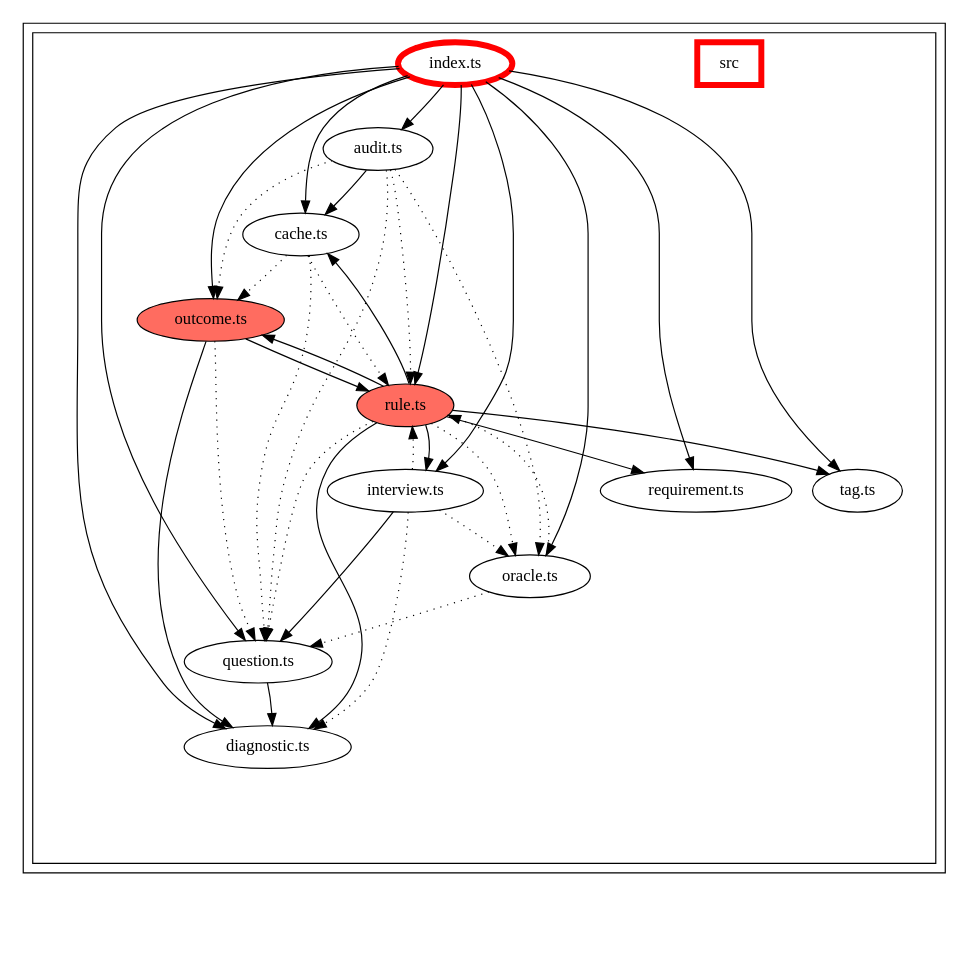
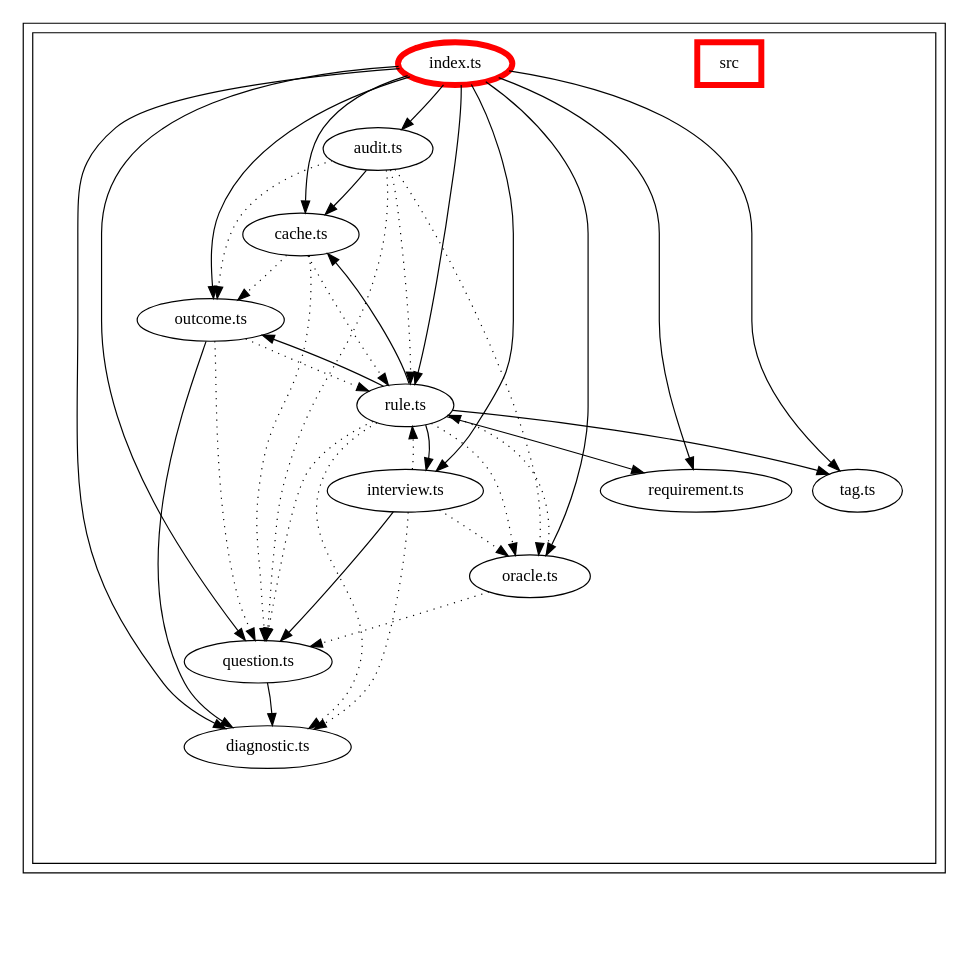
The diagram in packages/alfa-act/docs/dependency-graph.dot (Siteimprove/alfa), drawn with Graphviz before and after one commit. The commit also changed 687 other files, not shown here.

```diff
--- a/packages/alfa-act/docs/dependency-graph.dot
+++ b/packages/alfa-act/docs/dependency-graph.dot
@@ -59,8 +59,6 @@
       ];
       "src/outcome.ts" [
         label = "outcome.ts";
-        fillcolor = "#ff6c60";
-        style = "rounded,filled";
       ];
       "src/question.ts" [
         label = "question.ts";
@@ -70,8 +68,6 @@
       ];
       "src/rule.ts" [
         label = "rule.ts";
-        fillcolor = "#ff6c60";
-        style = "rounded,filled";
       ];
       "src/tag.ts" [
         label = "tag.ts";
@@ -385,7 +381,7 @@
     style = "invis";
   ];
   "src/outcome.ts" -> "src/rule.ts" [
-    style = "solid";
+    style = "dotted";
     ltail = "cluster_src/outcome.ts";
     lhead = "cluster_src/rule.ts";
     color = "black";
@@ -412,7 +408,7 @@
     style = "invis";
   ];
   "src/rule.ts" -> "src/diagnostic.ts" [
-    style = "solid";
+    style = "dotted";
     ltail = "cluster_src/rule.ts";
     lhead = "cluster_src/diagnostic.ts";
     color = "black";
```
